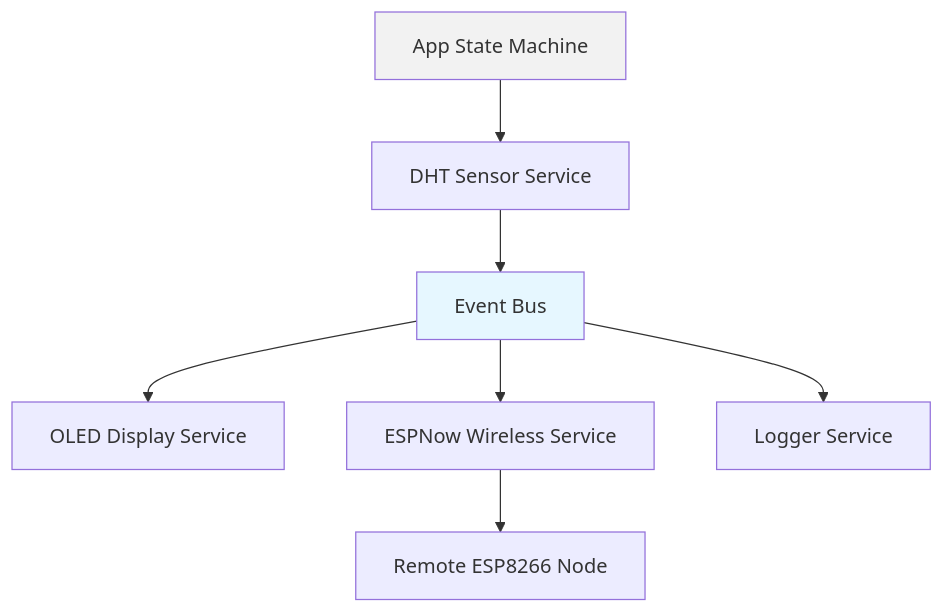
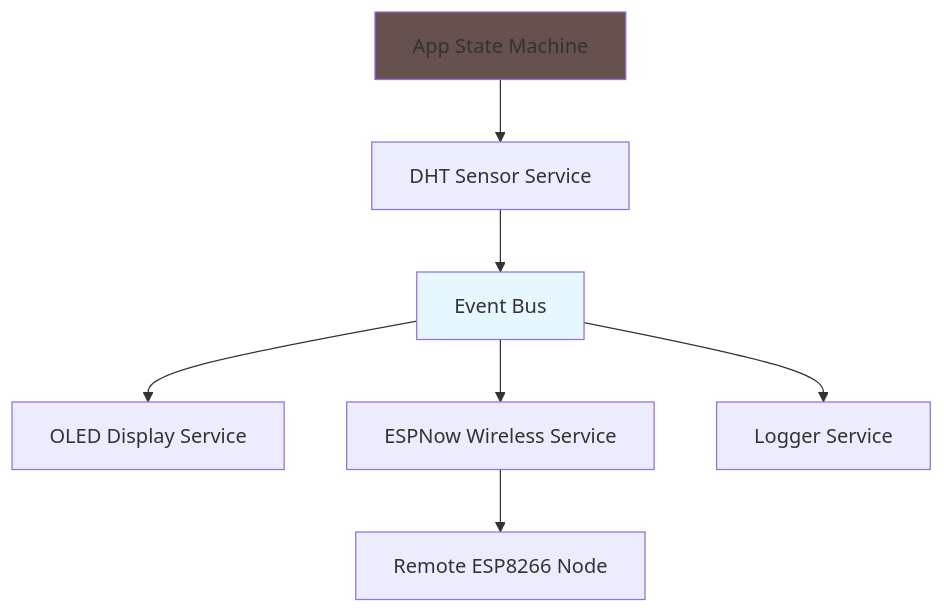
One commit to dalilawini/weather-app changed the first of 4 diagrams in README.md. Above: the diagram before and after it, drawn with Mermaid. The commit also changed other lines of this file and 13 other files, not shown here.

````diff
--- a/README.md
+++ b/README.md
@@ -26,17 +26,14 @@
 ```mermaid
 flowchart TD
 
-    A[App State Machine] --> B[DHT Sensor Service]
-
-    B --> C[Event Bus]
+    A[App State Machine] --> B[DHT Sensor Service] --> C[Event Bus]
 
     C --> D[OLED Display Service]
     C --> E[ESPNow Wireless Service]
     C --> F[Logger Service]
 
     E --> G[Remote ESP8266 Node]
 
-    style A fill:#f2f2f2
+    style A fill:#66514E
     style C fill:#e6f7ff
-
 ```
````
